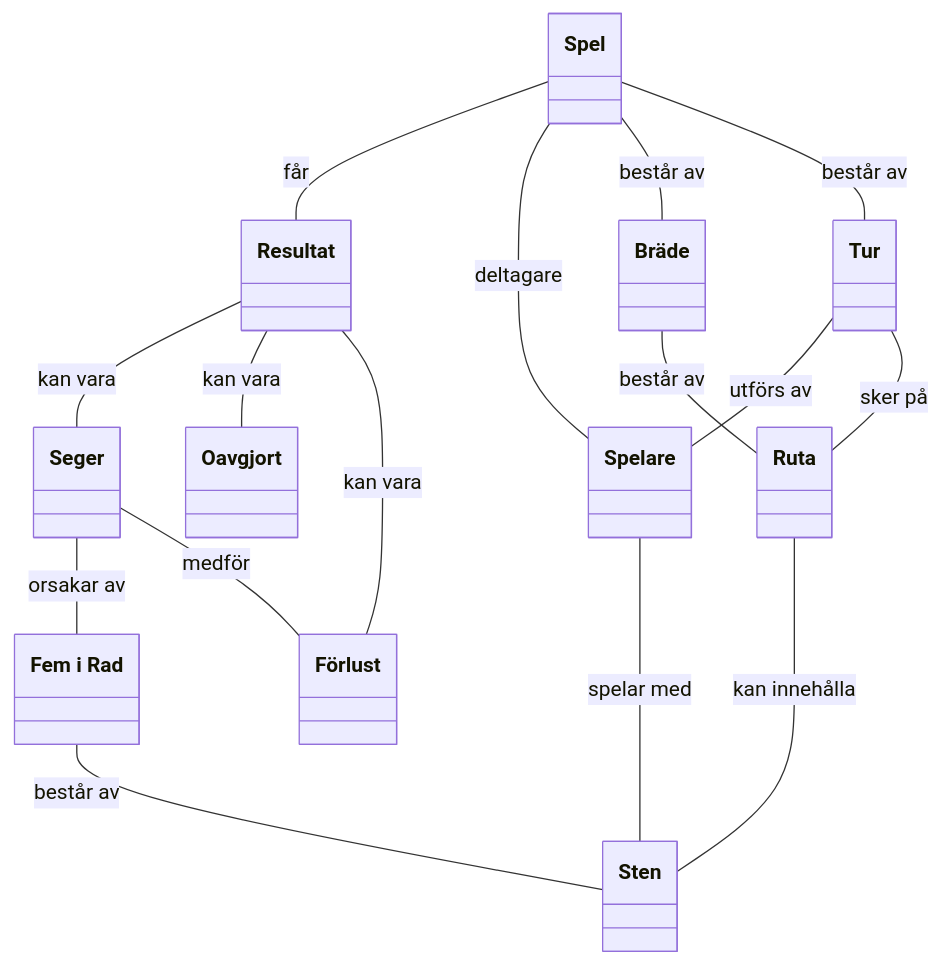
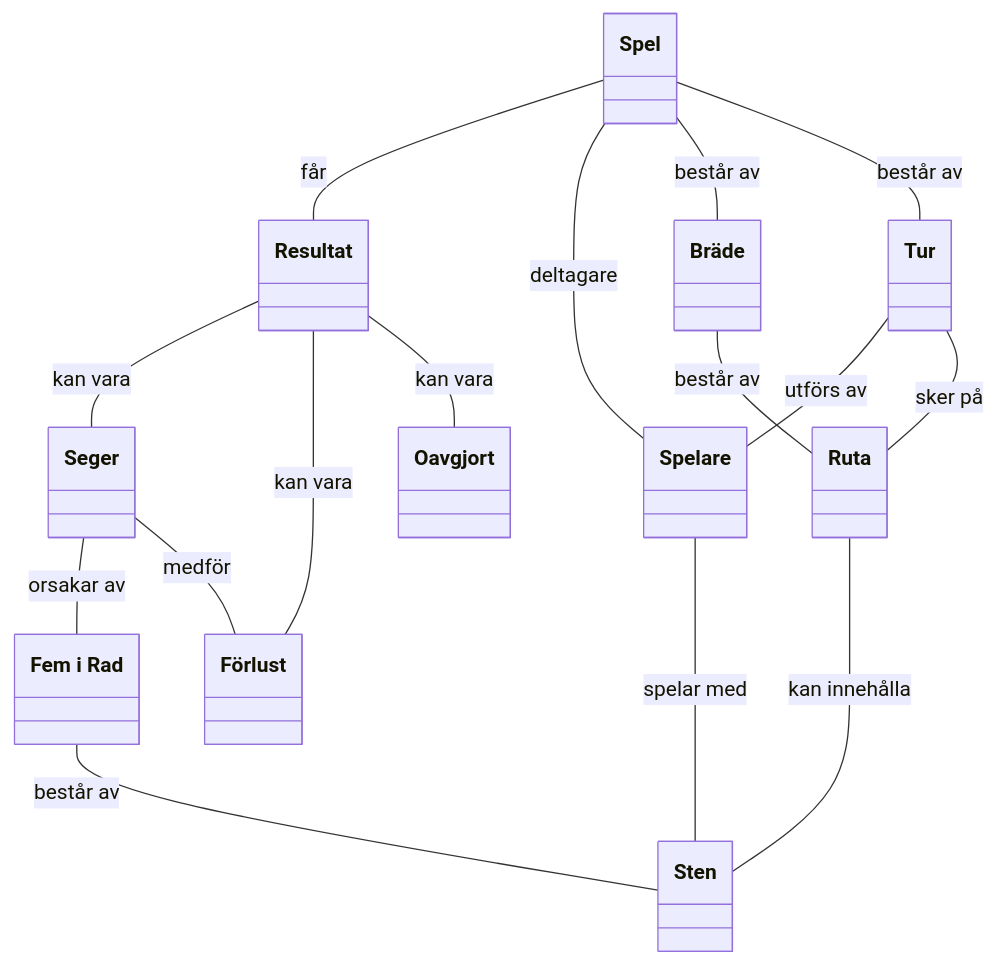
Before and after one commit to Wahlbin/gomokukravgrupp1: the diagram in docs/requirements/05-begreppsmodell.md, drawn with Mermaid.

Commit message:
adding loss to begreppsmodellen v6

````diff
--- a/docs/requirements/05-begreppsmodell.md
+++ b/docs/requirements/05-begreppsmodell.md
@@ -5,55 +5,56 @@
 ```mermaid
 classDiagram
     direction TB
 
     class Spel {
     }
 
     class Resultat {
     }
 
     class Spelare {
     }
 
     class Bräde {
     }
 
     class Ruta {
     }
 
     class Sten {
     }
 
     class Tur {
     }
 
     class Seger {
     }
-    
+
+    class Förlust {
+    }
+
     class Oavgjort {
     }
 
-    class Förlust {
-    }
 
     class 5iRad["Fem i Rad"] {
     }
 
    
 
     Spel -- Resultat : får
     Spel -- Spelare : deltagare
     Spel -- Bräde : består av
     Spel -- Tur : består av
     Bräde -- Ruta : består av
     Ruta -- Sten : kan innehålla
     Tur -- Spelare : utförs av
     Tur -- Ruta : sker på
     Spelare -- Sten : spelar med
     Resultat -- Seger : kan vara
-    Resultat -- Oavgjort : kan vara
     Resultat -- Förlust :kan vara
     Seger -- 5iRad : orsakar av
     Seger -- Förlust : medför
+    Resultat -- Oavgjort : kan vara
     5iRad -- Sten : består av
 ```
````
